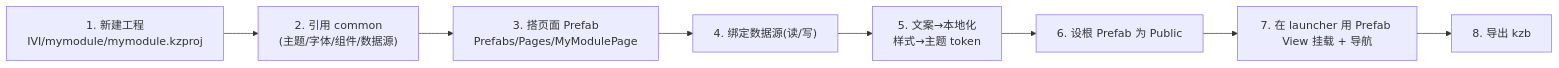
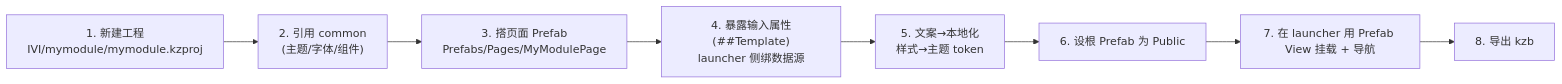
Before and after one commit to ganlong-2016/kanzi_project: the diagram in docs/add-new-module.md, drawn with Mermaid. The commit also changed other lines of this file and 4 other files, not shown here.

````diff
--- a/docs/add-new-module.md
+++ b/docs/add-new-module.md
@@ -9,10 +9,10 @@
 ```mermaid
 flowchart LR
-    A["1. 新建工程<br/>IVI/mymodule/mymodule.kzproj"] --> B["2. 引用 common<br/>(主题/字体/组件/数据源)"]
+    A["1. 新建工程<br/>IVI/mymodule/mymodule.kzproj"] --> B["2. 引用 common<br/>(主题/字体/组件)"]
     B --> C["3. 搭页面 Prefab<br/>Prefabs/Pages/MyModulePage"]
-    C --> D["4. 绑定数据源(读/写)"]
+    C --> D["4. 暴露输入属性(##Template)<br/>launcher 侧绑数据源"]
     D --> E["5. 文案→本地化<br/>样式→主题 token"]
     E --> F["6. 设根 Prefab 为 Public"]
     F --> G["7. 在 launcher 用 Prefab View 挂载 + 导航"]
     G --> H["8. 导出 kzb"]
 ```
````
